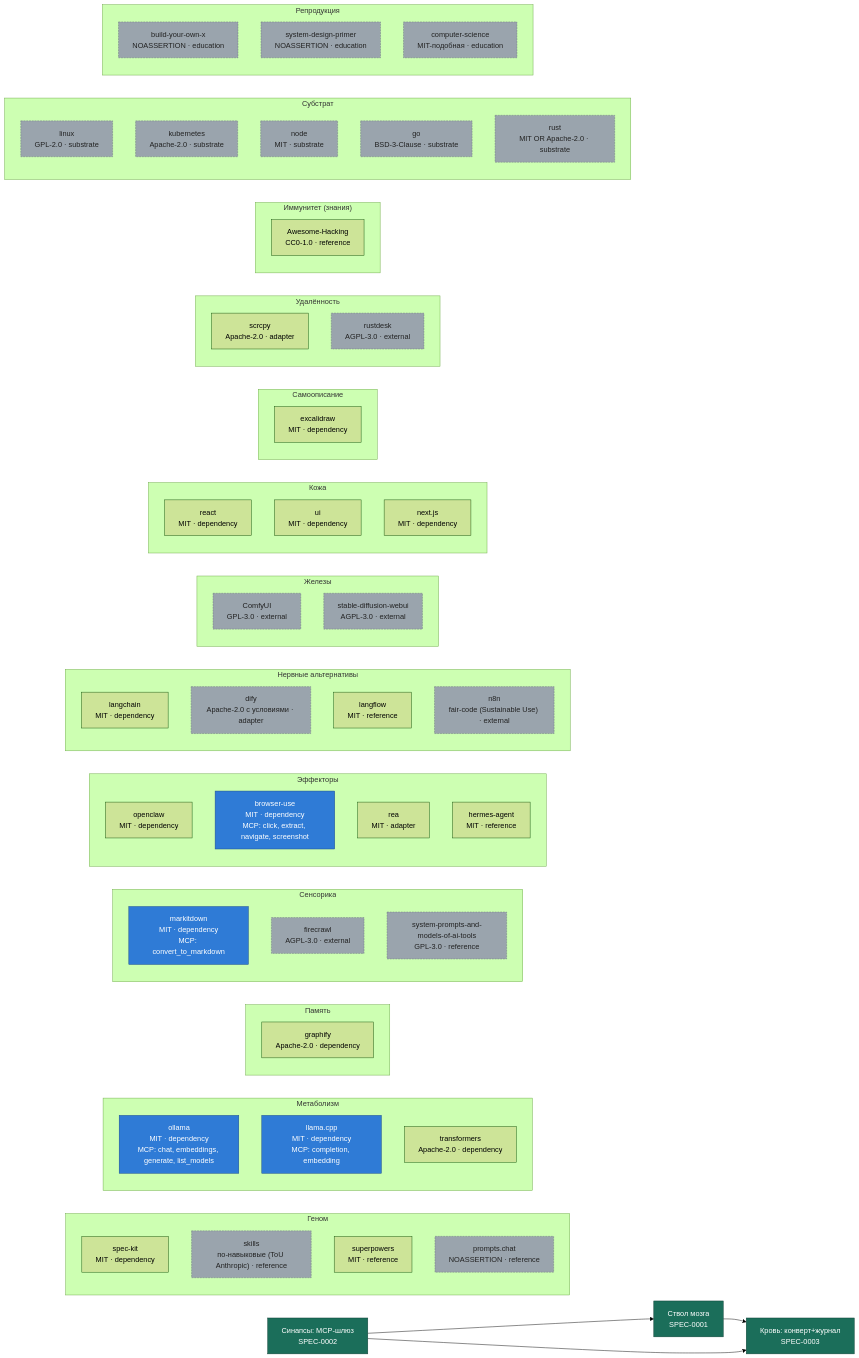
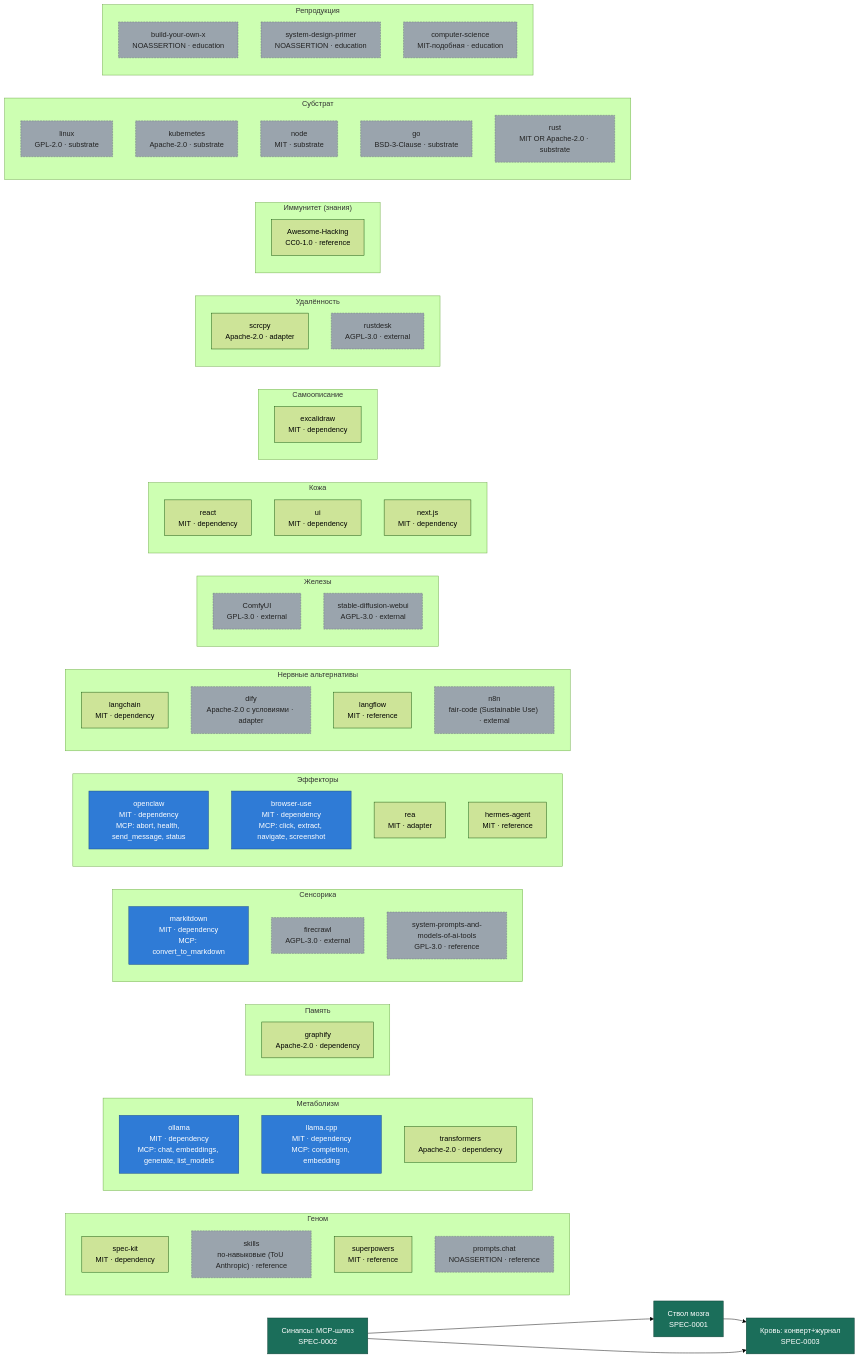
Before and after one commit to rtynbirf/commons: the diagram in docs/selfmap.md, drawn with Mermaid (forest theme). The commit also changed 24 other files, not shown here.

```diff
--- a/docs/selfmap.md
+++ b/docs/selfmap.md
@@ -33,7 +33,8 @@
     system_prompts_and_models_of_ai_tools:::outside
   end
   subgraph effectors["Эффекторы"]
-    openclaw["openclaw<br/>MIT · dependency"]
+    openclaw["openclaw<br/>MIT · dependency<br/>MCP: abort, health, send_message, status"]
+    openclaw:::wired
     browser_use["browser-use<br/>MIT · dependency<br/>MCP: click, extract, navigate, screenshot"]
     browser_use:::wired
     rea["rea<br/>MIT · adapter"]
```
